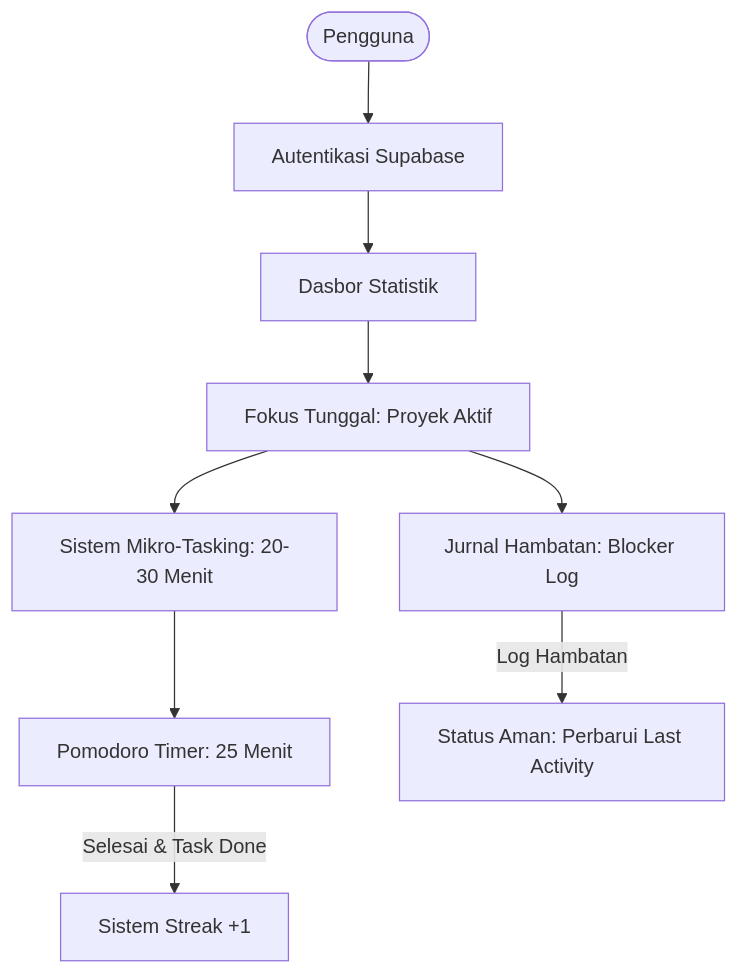
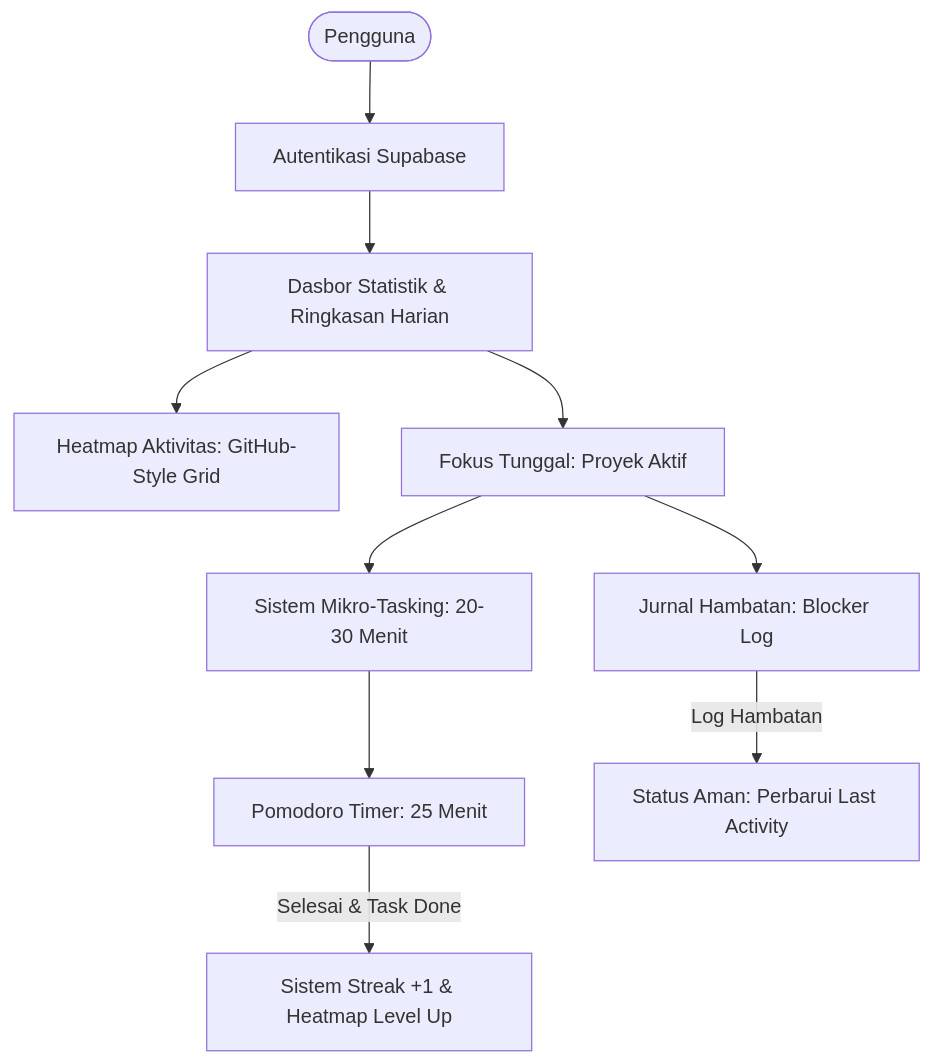
Before and after one commit to Gefila/StillBuilding: the diagram in PRD.md, drawn with Mermaid. The commit also changed other lines of this file and 3 other files, not shown here.

First line of the commit message:
docs(prd): add activity heatmap spec, restore production pomodoro durations, and hide notes tab

````diff
--- a/PRD.md
+++ b/PRD.md
@@ -40,11 +40,12 @@
 ```mermaid
 graph TD
     User([Pengguna]) --> Login[Autentikasi Supabase]
-    Login --> Dashboard[Dasbor Statistik]
+    Login --> Dashboard[Dasbor Statistik & Ringkasan Harian]
+    Dashboard --> Heatmap[Heatmap Aktivitas: GitHub-Style Grid]
     Dashboard --> FocusMode[Fokus Tunggal: Proyek Aktif]
     FocusMode --> MicroTasks[Sistem Mikro-Tasking: 20-30 Menit]
     MicroTasks --> Pomodoro[Pomodoro Timer: 25 Menit]
-    Pomodoro -->|Selesai & Task Done| Streak[Sistem Streak +1]
+    Pomodoro -->|Selesai & Task Done| Streak[Sistem Streak +1 & Heatmap Level Up]
     FocusMode --> Blocker[Jurnal Hambatan: Blocker Log]
     Blocker -->|Log Hambatan| SafeStatus[Status Aman: Perbarui Last Activity]
 ```
````
